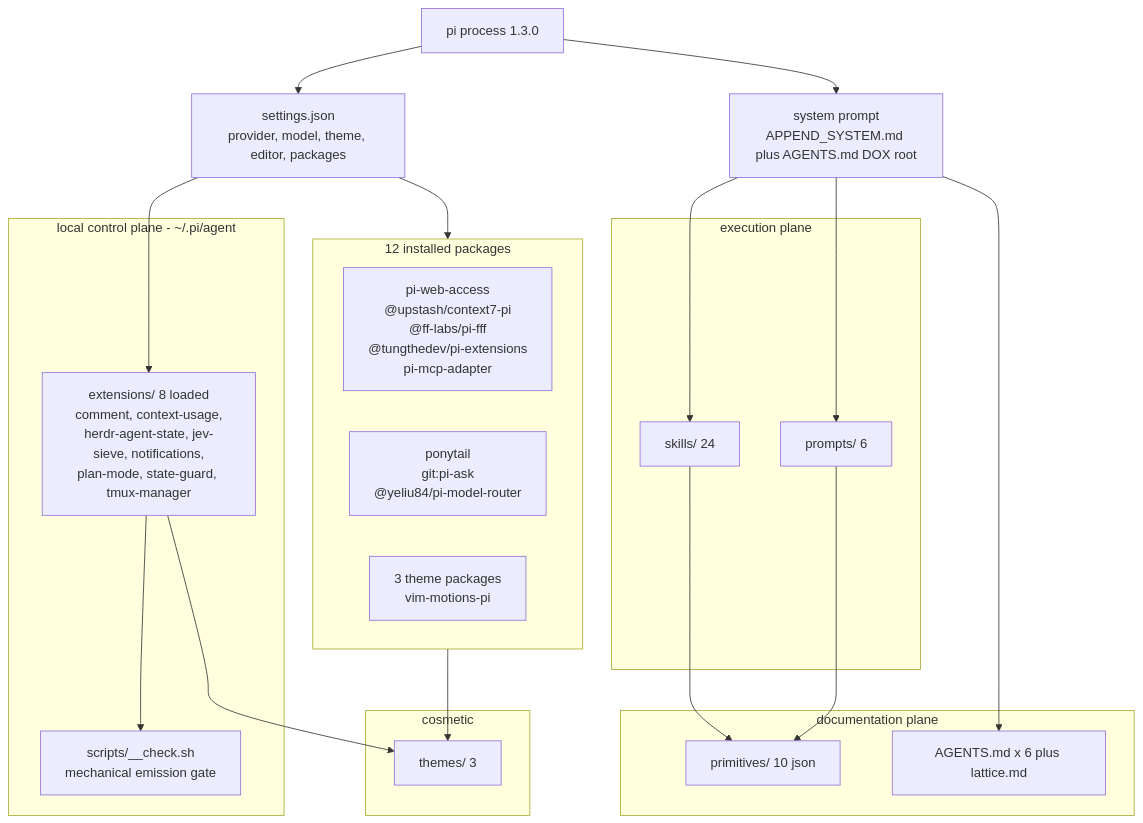
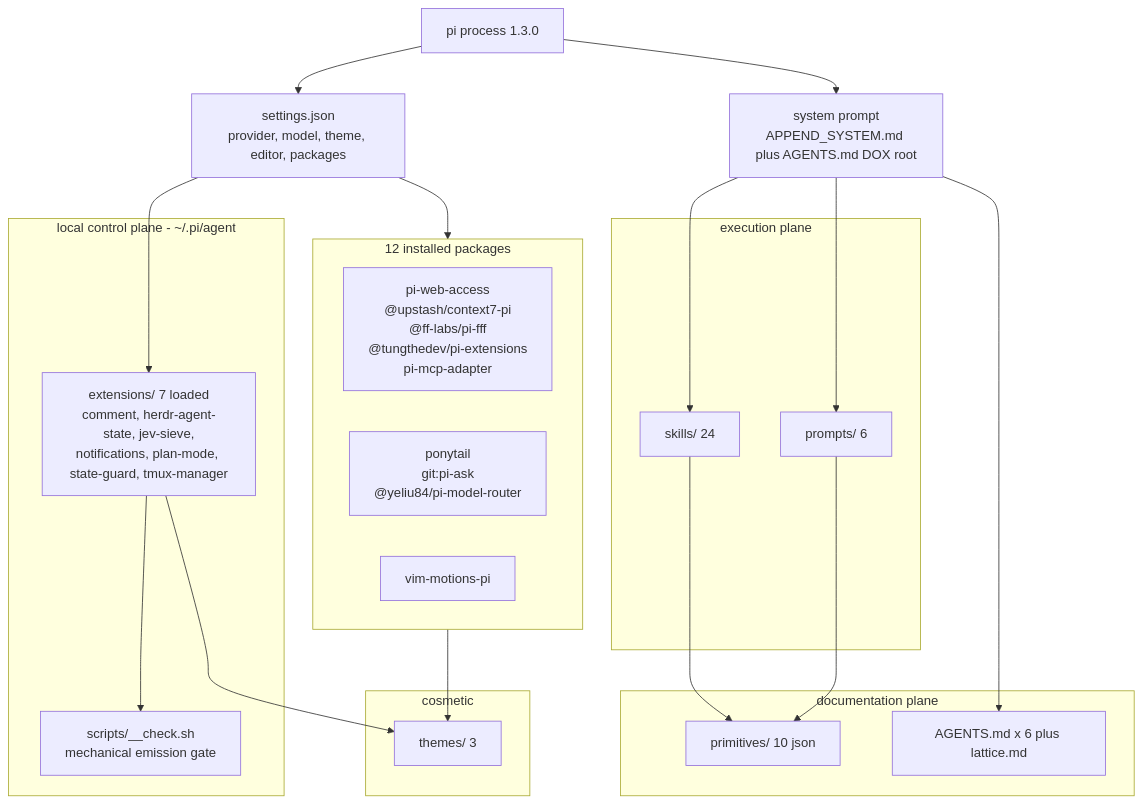
Before and after one commit to sub0xdai/n0x-pi: the first of 4 diagrams in agent/harness-map.md, drawn with Mermaid. The commit also changed other lines of this file and 4 other files, not shown here.

First line of the commit message:
refactor(harness): vim keeps the editor slot, remove the 3 theme packages

````diff
--- a/agent/harness-map.md
+++ b/agent/harness-map.md
@@ -23,44 +23,44 @@
 ```mermaid
 flowchart TB
     P["pi process 1.3.0"]
     SET["settings.json<br/>provider, model, theme, editor, packages"]
     SP["system prompt<br/>APPEND_SYSTEM.md plus AGENTS.md DOX root"]
 
     subgraph LOCAL["local control plane - ~/.pi/agent"]
-        EXT["extensions/ 8 loaded<br/>comment, context-usage,<br/>herdr-agent-state, jev-sieve, notifications,<br/>plan-mode, state-guard, tmux-manager"]
+        EXT["extensions/ 7 loaded<br/>comment, herdr-agent-state, jev-sieve,<br/>notifications, plan-mode, state-guard, tmux-manager"]
         SCR["scripts/__check.sh<br/>mechanical emission gate"]
     end
 
     subgraph EXEC["execution plane"]
         SK["skills/ 24"]
         PR["prompts/ 6"]
     end
 
     subgraph DOC["documentation plane"]
         PRI["primitives/ 10 json"]
         DOX["AGENTS.md x 6 plus lattice.md"]
     end
 
     subgraph COS["cosmetic"]
         TH["themes/ 3"]
     end
 
     subgraph PKG["12 installed packages"]
         PA["pi-web-access<br/>@upstash/context7-pi<br/>@ff-labs/pi-fff<br/>@tungthedev/pi-extensions<br/>pi-mcp-adapter"]
         PB["ponytail<br/>git:pi-ask<br/>@yeliu84/pi-model-router"]
-        PC["3 theme packages<br/>vim-motions-pi"]
+        PC["vim-motions-pi"]
     end
 
     P --> SET
     P --> SP
     SET --> PKG
     SET --> EXT
     SP --> SK
     SP --> PR
     SP --> DOX
     EXT --> SCR
     SK --> PRI
     PR --> PRI
     EXT --> TH
     PKG --> TH
 ```
````
